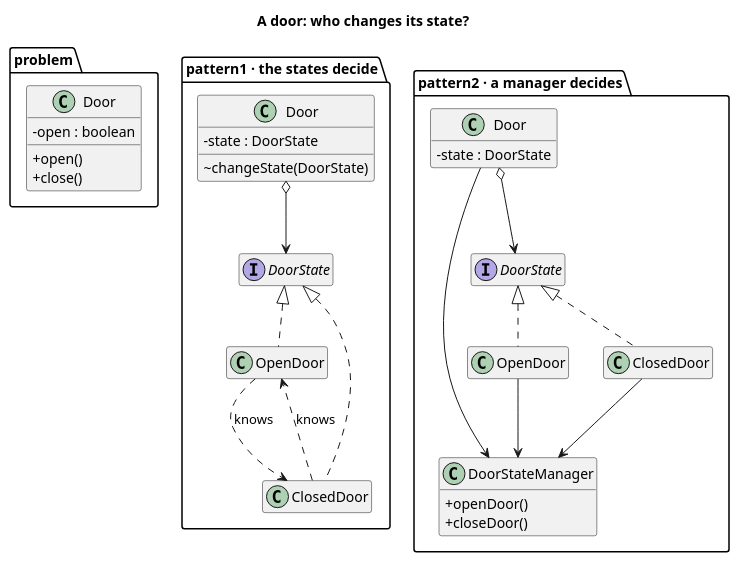
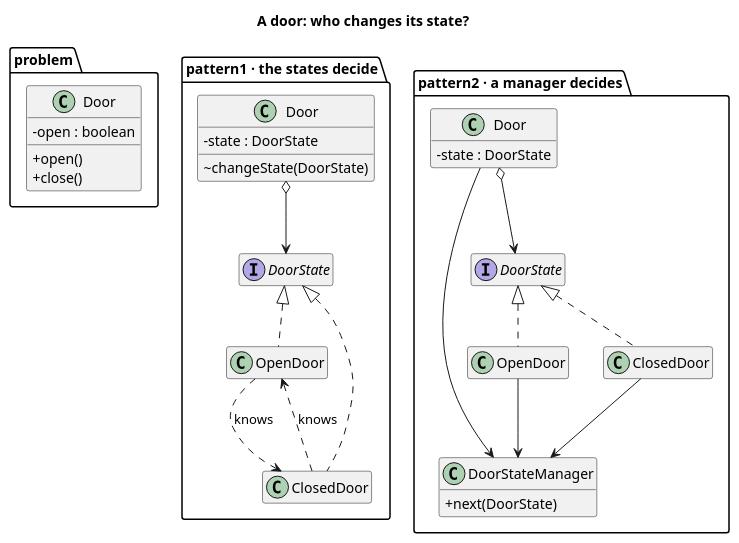
Before and after one commit to kaldiroglu/DesignPatternsWithJava: the diagram in src/main/java/dev/kaldiroglu/dp/behavioral/state/door/uml/State - Door - Class Diagram.puml, drawn with PlantUML. The commit also changed 42 other files, not shown here.

```diff
--- a/src/main/java/dev/kaldiroglu/dp/behavioral/state/door/uml/State - Door - Class Diagram.puml
+++ b/src/main/java/dev/kaldiroglu/dp/behavioral/state/door/uml/State - Door - Class Diagram.puml
@@ -1,47 +1,46 @@
 @startuml "State - Door - Class Diagram"
 skinparam classAttributeIconSize 0
 hide empty members
 title A door: who changes its state?
 
 package "problem" {
   class "Door" as D0 {
     - open : boolean
     + open()
     + close()
   }
 }
 package "pattern1 · the states decide" {
   class "Door" as D1 {
     - state : DoorState
     ~ changeState(DoorState)
   }
   interface "DoorState" as S1
   class "OpenDoor" as O1
   class "ClosedDoor" as C1
   D1 o--> S1
   S1 <|.. O1
   S1 <|.. C1
   O1 ..> C1 : knows
   C1 ..> O1 : knows
 }
 package "pattern2 · a manager decides" {
   class "Door" as D2 {
     - state : DoorState
   }
   class DoorStateManager {
-    + openDoor()
-    + closeDoor()
+    + next(DoorState)
   }
   interface "DoorState" as S2
   class "OpenDoor" as O2
   class "ClosedDoor" as C2
   D2 o--> S2
   D2 --> DoorStateManager
   S2 <|.. O2
   S2 <|.. C2
   O2 --> DoorStateManager
   C2 --> DoorStateManager
 }
 D0 -[hidden]right- D1
 D1 -[hidden]right- D2
 @enduml
```
